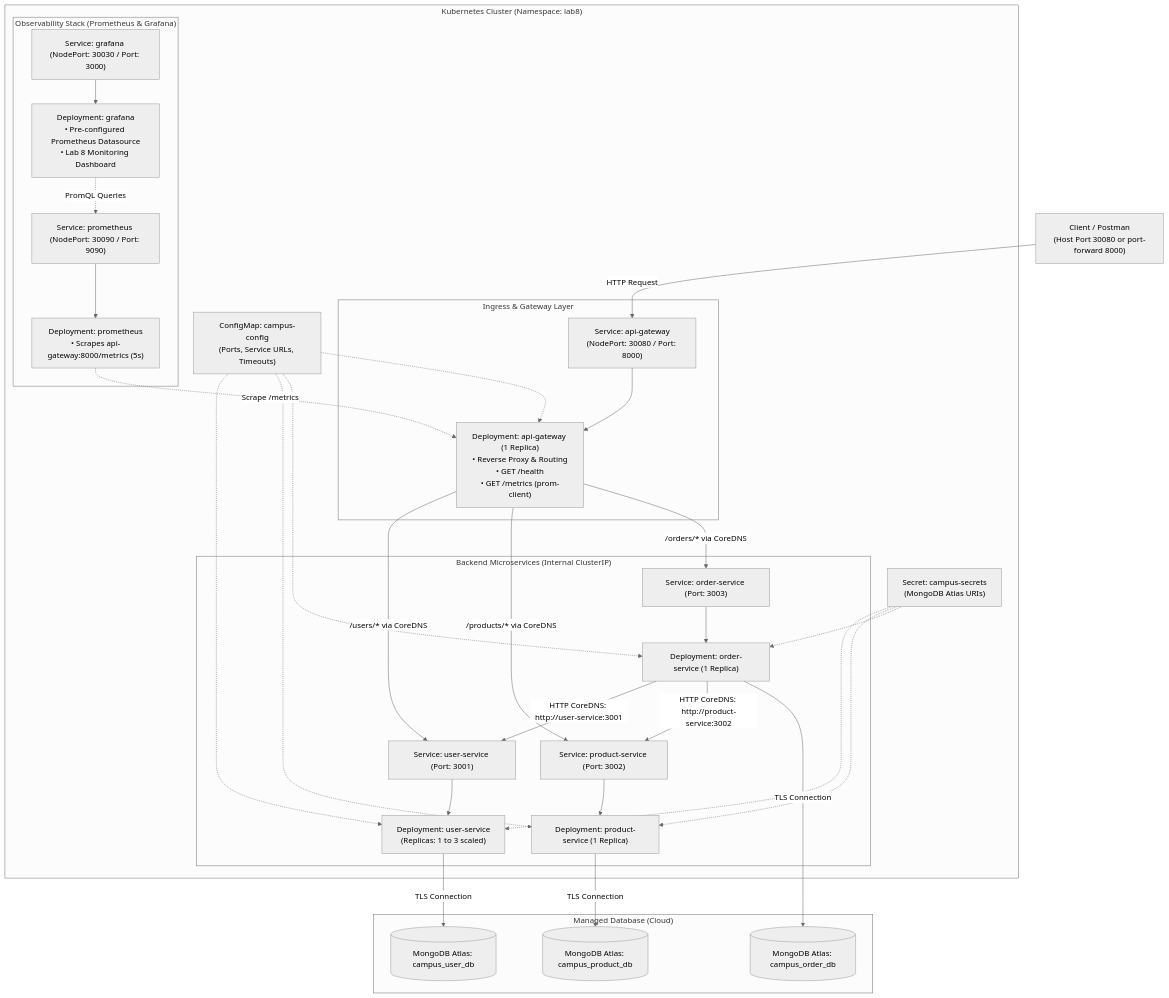
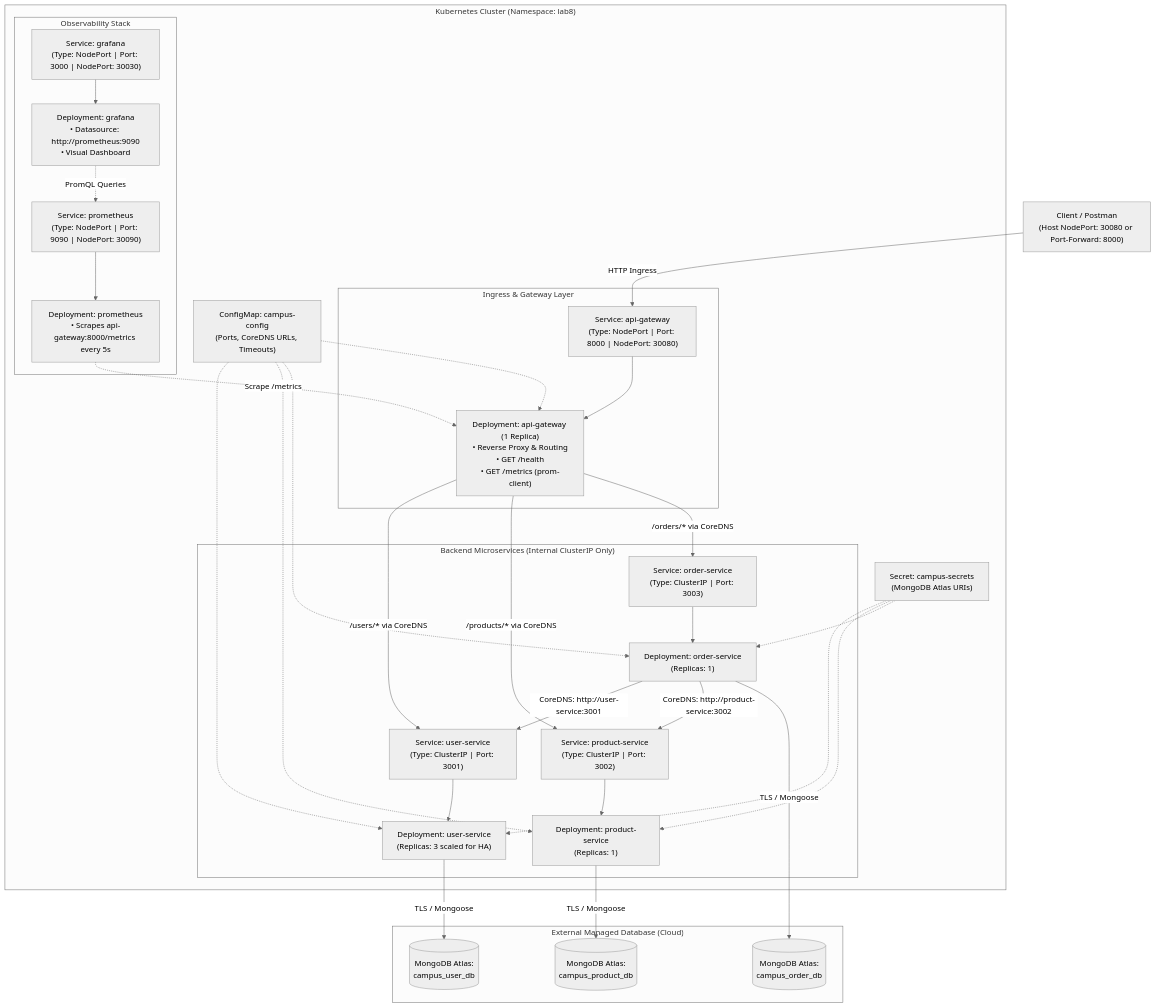
One commit to varunee-it/campus-connect-microservices changed the second of 2 diagrams in README.md. Above: the diagram before and after it, drawn with Mermaid (neutral theme). The commit also changed other lines of this file and 6 other files, not shown here.

Commit message:
docs: complete Lab 8 Kubernetes and monitoring evidence

````diff
--- a/README.md
+++ b/README.md
@@ -527,67 +546,67 @@
 ```mermaid
 flowchart TD
-    Client["Client / Postman\n(Host Port 30080 or port-forward 8000)"]
+    Client["Client / Postman\n(Host NodePort: 30080 or Port-Forward: 8000)"]
     
     subgraph K8sCluster ["Kubernetes Cluster (Namespace: lab8)"]
         subgraph IngressLayer ["Ingress & Gateway Layer"]
-            GatewaySvc["Service: api-gateway\n(NodePort: 30080 / Port: 8000)"]
+            GatewaySvc["Service: api-gateway\n(Type: NodePort | Port: 8000 | NodePort: 30080)"]
             GatewayPod["Deployment: api-gateway (1 Replica)\n• Reverse Proxy & Routing\n• GET /health\n• GET /metrics (prom-client)"]
             GatewaySvc --> GatewayPod
         end
 
-        subgraph CoreServices ["Backend Microservices (Internal ClusterIP)"]
-            UserSvc["Service: user-service (Port: 3001)"]
-            UserPods["Deployment: user-service\n(Replicas: 1 to 3 scaled)"]
+        subgraph CoreServices ["Backend Microservices (Internal ClusterIP Only)"]
+            UserSvc["Service: user-service\n(Type: ClusterIP | Port: 3001)"]
+            UserPods["Deployment: user-service\n(Replicas: 3 scaled for HA)"]
             UserSvc --> UserPods
 
-            ProductSvc["Service: product-service (Port: 3002)"]
-            ProductPods["Deployment: product-service (1 Replica)"]
+            ProductSvc["Service: product-service\n(Type: ClusterIP | Port: 3002)"]
+            ProductPods["Deployment: product-service\n(Replicas: 1)"]
             ProductSvc --> ProductPods
 
-            OrderSvc["Service: order-service (Port: 3003)"]
-            OrderPods["Deployment: order-service (1 Replica)"]
+            OrderSvc["Service: order-service\n(Type: ClusterIP | Port: 3003)"]
+            OrderPods["Deployment: order-service\n(Replicas: 1)"]
             OrderSvc --> OrderPods
 
-            OrderPods -->|HTTP CoreDNS: http://user-service:3001| UserSvc
-            OrderPods -->|HTTP CoreDNS: http://product-service:3002| ProductSvc
+            OrderPods -->|CoreDNS: http://user-service:3001| UserSvc
+            OrderPods -->|CoreDNS: http://product-service:3002| ProductSvc
         end
 
-        subgraph MonitoringLayer ["Observability Stack (Prometheus & Grafana)"]
-            PromSvc["Service: prometheus (NodePort: 30090 / Port: 9090)"]
-            PromPod["Deployment: prometheus\n• Scrapes api-gateway:8000/metrics (5s)"]
+        subgraph MonitoringLayer ["Observability Stack"]
+            PromSvc["Service: prometheus\n(Type: NodePort | Port: 9090 | NodePort: 30090)"]
+            PromPod["Deployment: prometheus\n• Scrapes api-gateway:8000/metrics every 5s"]
             PromSvc --> PromPod
 
-            GrafSvc["Service: grafana (NodePort: 30030 / Port: 3000)"]
-            GrafPod["Deployment: grafana\n• Pre-configured Prometheus Datasource\n• Lab 8 Monitoring Dashboard"]
+            GrafSvc["Service: grafana\n(Type: NodePort | Port: 3000 | NodePort: 30030)"]
+            GrafPod["Deployment: grafana\n• Datasource: http://prometheus:9090\n• Visual Dashboard"]
             GrafSvc --> GrafPod
 
             PromPod -.->|Scrape /metrics| GatewayPod
             GrafPod -.->|PromQL Queries| PromSvc
         end
 
         GatewayPod -->|/users/* via CoreDNS| UserSvc
         GatewayPod -->|/products/* via CoreDNS| ProductSvc
         GatewayPod -->|/orders/* via CoreDNS| OrderSvc
 
-        ConfigMap["ConfigMap: campus-config\n(Ports, Service URLs, Timeouts)"]
+        ConfigMap["ConfigMap: campus-config\n(Ports, CoreDNS URLs, Timeouts)"]
         Secrets["Secret: campus-secrets\n(MongoDB Atlas URIs)"]
         ConfigMap -.-> GatewayPod
         ConfigMap -.-> UserPods
         ConfigMap -.-> ProductPods
         ConfigMap -.-> OrderPods
         Secrets -.-> UserPods
         Secrets -.-> ProductPods
         Secrets -.-> OrderPods
     end
 
-    subgraph ExternalDB ["Managed Database (Cloud)"]
-        AtlasUserDB[("MongoDB Atlas: campus_user_db")]
-        AtlasProdDB[("MongoDB Atlas: campus_product_db")]
-        AtlasOrderDB[("MongoDB Atlas: campus_order_db")]
+    subgraph ExternalDB ["External Managed Database (Cloud)"]
+        AtlasUserDB[("MongoDB Atlas:\ncampus_user_db")]
+        AtlasProdDB[("MongoDB Atlas:\ncampus_product_db")]
+        AtlasOrderDB[("MongoDB Atlas:\ncampus_order_db")]
     end
 
-    Client -->|HTTP Request| GatewaySvc
-    UserPods -->|TLS Connection| AtlasUserDB
-    ProductPods -->|TLS Connection| AtlasProdDB
-    OrderPods -->|TLS Connection| AtlasOrderDB
+    Client -->|HTTP Ingress| GatewaySvc
+    UserPods -->|TLS / Mongoose| AtlasUserDB
+    ProductPods -->|TLS / Mongoose| AtlasProdDB
+    OrderPods -->|TLS / Mongoose| AtlasOrderDB
 ```
````
